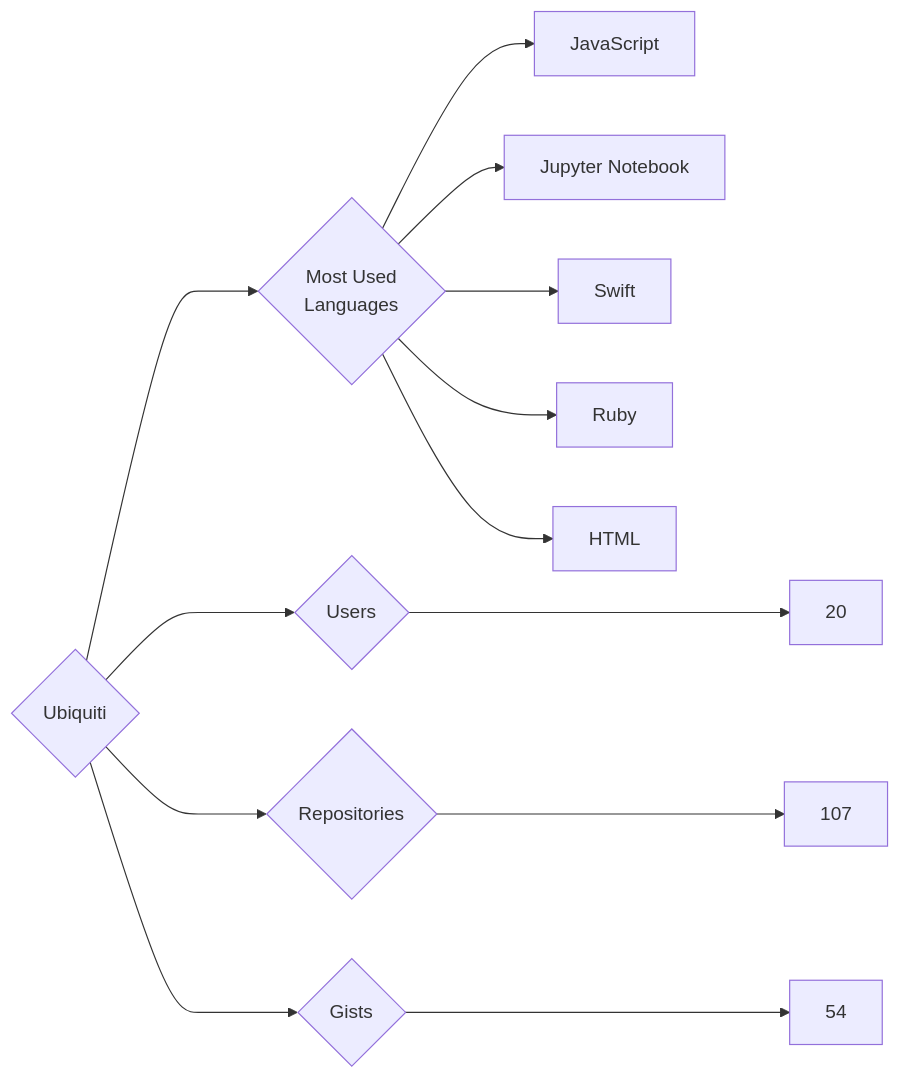
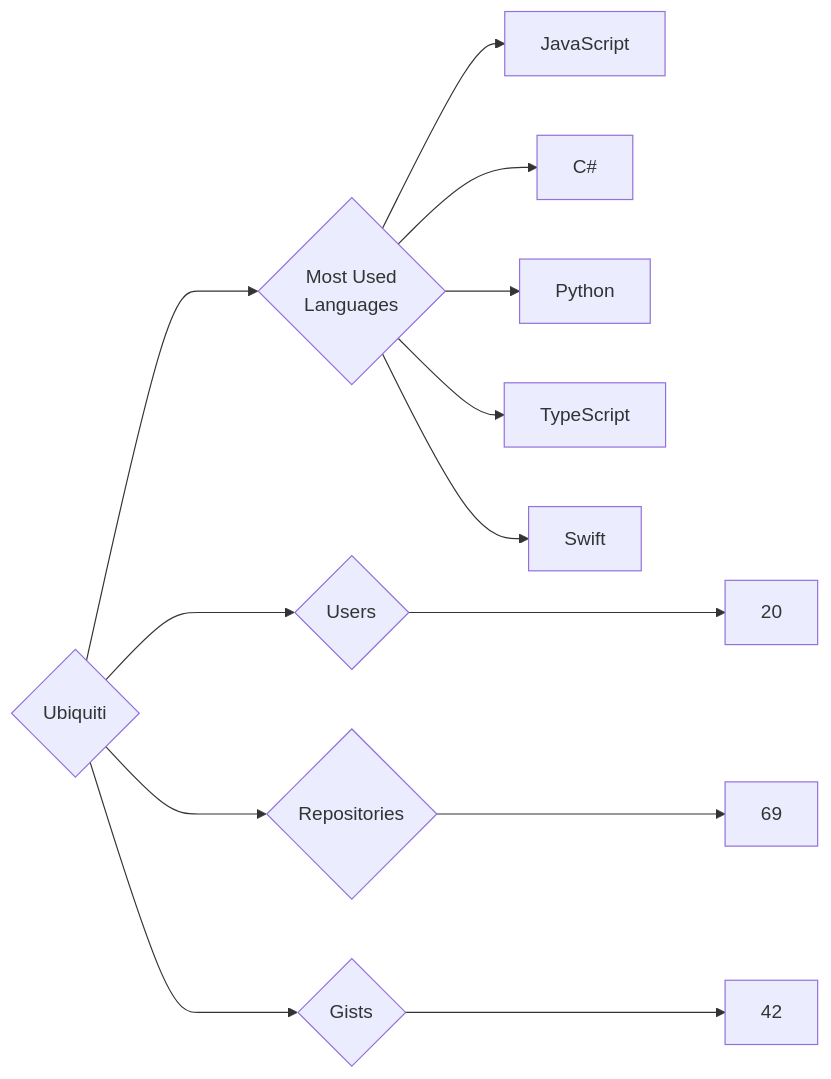
One commit to trickest/insiders changed the diagram in targets/Ubiquiti/README.md. Above: the diagram before and after it, drawn with Mermaid. The commit also changed 928 other files, not shown here.

````diff
--- a/targets/Ubiquiti/README.md
+++ b/targets/Ubiquiti/README.md
@@ -3,13 +3,13 @@
 ```mermaid
 graph LR
 COMPANY_NAME{Ubiquiti}
 COMPANY_NAME ---> U{Users} ---> UN[20]
-COMPANY_NAME ---> R{Repositories} ---> RN[107]
-COMPANY_NAME ---> G{Gists} ---> GN[54]
+COMPANY_NAME ---> R{Repositories} ---> RN[69]
+COMPANY_NAME ---> G{Gists} ---> GN[42]
 COMPANY_NAME ---> ML{Most Used<br>Languages}
 ML --> JavaScript[JavaScript]
-ML --> Jupyter_Notebook[Jupyter Notebook]
+ML --> C#[C#]
+ML --> Python[Python]
+ML --> TypeScript[TypeScript]
 ML --> Swift[Swift]
-ML --> Ruby[Ruby]
-ML --> HTML[HTML]
 ```
````
